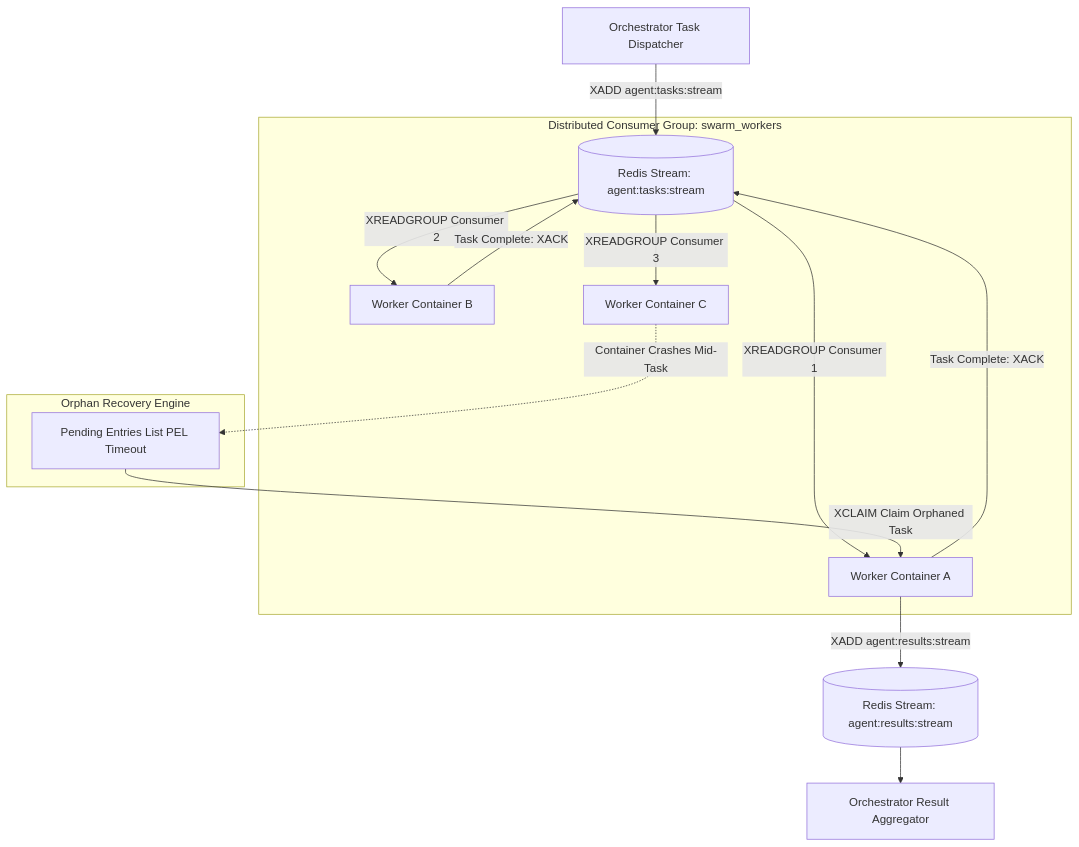
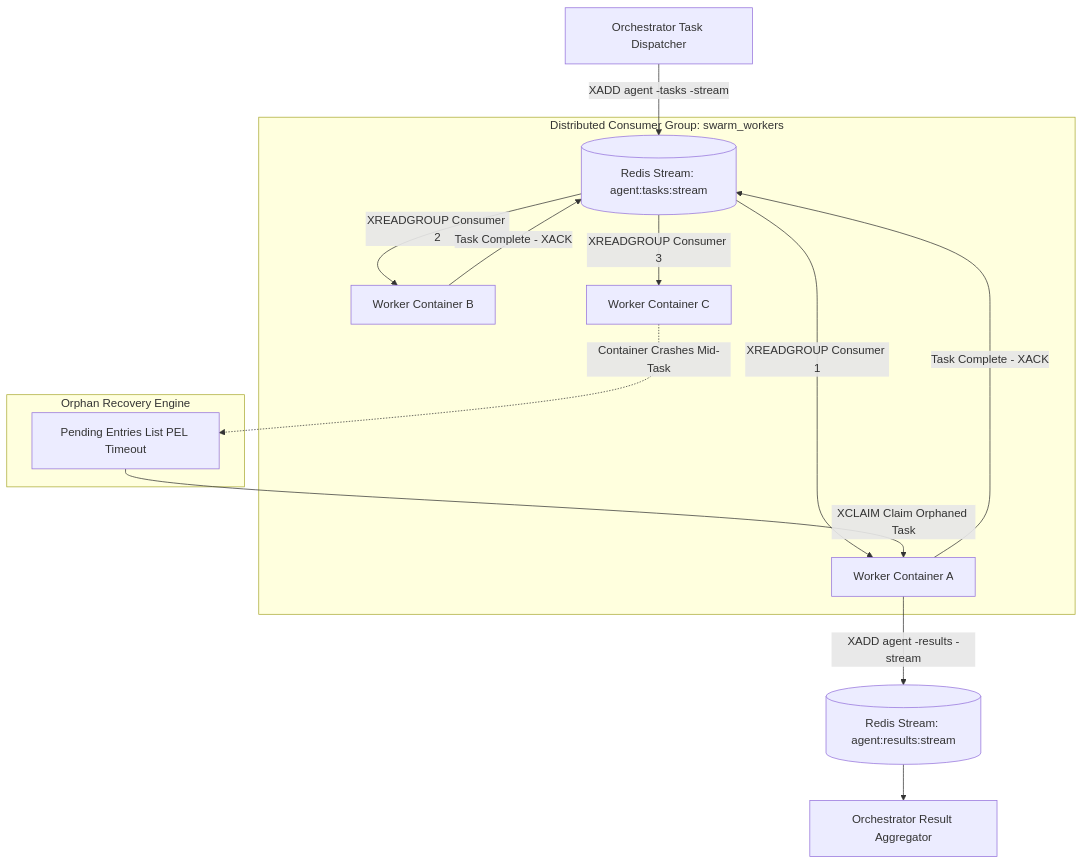
Before and after one commit to akmalkhaniub/akmalkhaniub.github.io: the diagram in blog/posts/scaling-event-driven-subagent-swarms-redis-streams.md, drawn with Mermaid. The commit also changed 411 other files, not shown here.

````diff
--- a/blog/posts/scaling-event-driven-subagent-swarms-redis-streams.md
+++ b/blog/posts/scaling-event-driven-subagent-swarms-redis-streams.md
@@ -17,21 +17,21 @@
 ```mermaid
-graph TD
-  A[Orchestrator Task Dispatcher] -->|XADD agent:tasks:stream| B[(Redis Stream: agent:tasks:stream)]
+flowchart TD
+  A[Orchestrator Task Dispatcher] -->|XADD agent -tasks -stream| B[(Redis Stream: agent:tasks:stream)]
   
   subgraph SG1_DistributedConsumerGroup ["Distributed Consumer Group: swarm_workers"]
     B -->|XREADGROUP Consumer 1| C[Worker Container A]
     B -->|XREADGROUP Consumer 2| D[Worker Container B]
     B -->|XREADGROUP Consumer 3| E[Worker Container C]
   end
   
-  C -->|Task Complete: XACK| B
-  D -->|Task Complete: XACK| B
+  C -->|Task Complete - XACK| B
+  D -->|Task Complete - XACK| B
   
   subgraph SG2_OrphanRecoveryEngine ["Orphan Recovery Engine"]
     E -.->|Container Crashes Mid-Task| F[Pending Entries List PEL Timeout]
     F -->|XCLAIM Claim Orphaned Task| C
   end
   
-  C -->|XADD agent:results:stream| G[(Redis Stream: agent:results:stream)]
+  C -->|XADD agent -results -stream| G[(Redis Stream: agent:results:stream)]
   G --> H[Orchestrator Result Aggregator]
 ```
````
